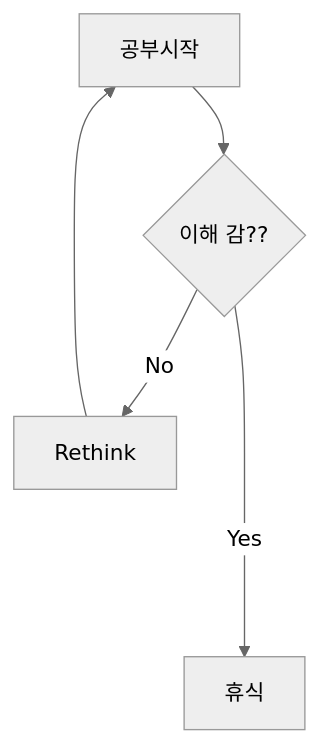
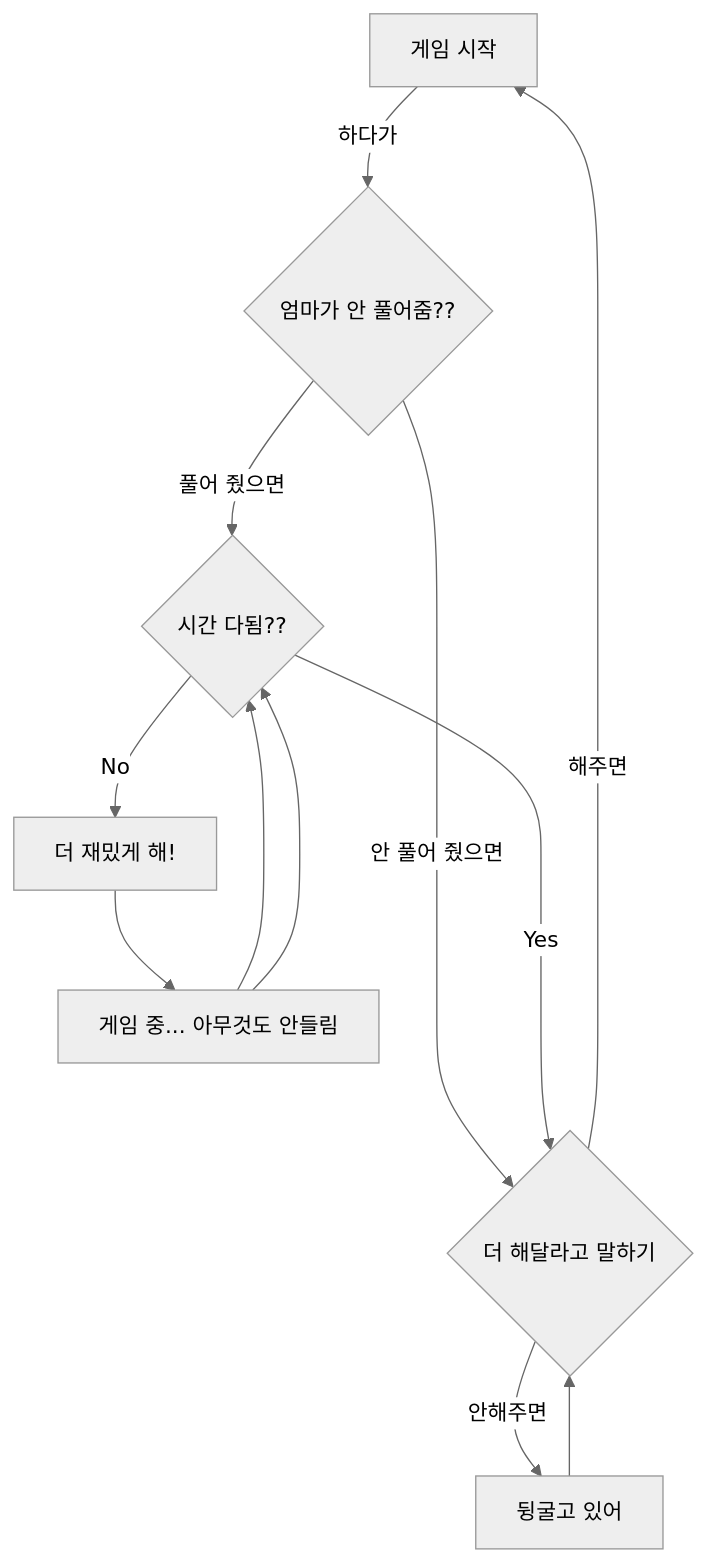
The diagram in flowchart.md (ShinguHan/Mermaid), drawn with Mermaid (neutral theme) before and after one commit.

Commit message:
Edit something

````diff
--- a/flowchart.md
+++ b/flowchart.md
@@ -1,7 +1,15 @@
 ```mermaid
 flowchart TD
-    A[공부시작] --> B{이해 감??}
-    B -- No --> D[Rethink]
-    D --> A
-    B -- Yes ----> E[휴식]
+
+    A[게임 시작] -- 하다가 --> H{엄마가 안 풀어줌??}
+    H -- 풀어 줬으면 --> B{시간 다됨??}
+    H -- 안 풀어 줬으면 --> E
+    B -- No --> D[더 재밌게 해!]
+    D --> G[게임 중... 아무것도 안들림]
+    B -- Yes ----> E{더 해달라고 말하기}
+    E -- 해주면 --> A
+    E -- 안해주면 --> F[뒹굴고 있어]
+    F --> E
+    G --> B
+    G --> B
 ```
````
